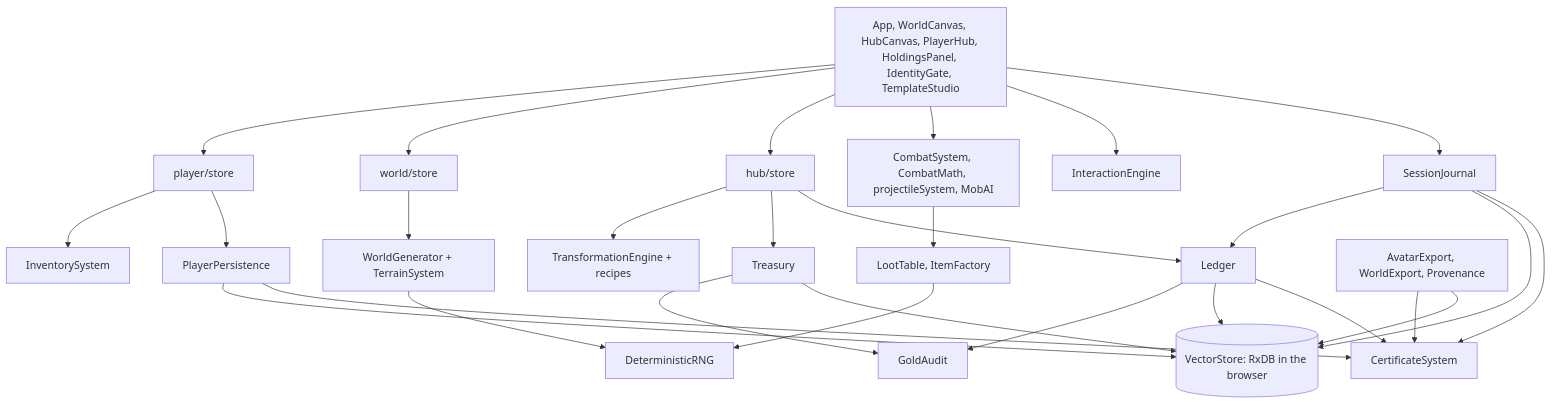
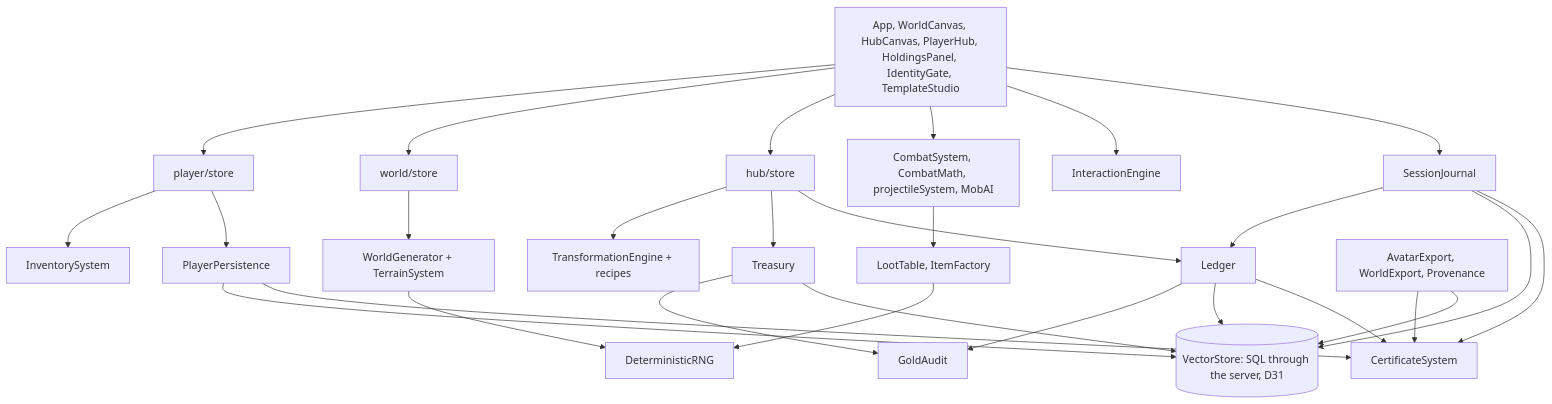
One commit to GepetoinTraining/world-seed-extraction-shooter changed the diagram in HANDOVER.md. Above: the diagram before and after it, drawn with Mermaid. The commit also changed other lines of this file and 41 other files, not shown here.

First line of the commit message:
The stable database (D31): saves live in SQL behind VectorStore, a gold change and its ledger row commit as one, and the bank refuses when the server is down

````diff
--- a/HANDOVER.md
+++ b/HANDOVER.md
@@ -63,34 +63,34 @@
 ```mermaid
 flowchart TD
   UI[App, WorldCanvas, HubCanvas, PlayerHub, HoldingsPanel, IdentityGate, TemplateStudio]
   UI --> Player[player/store]
   UI --> World[world/store]
   UI --> Hub[hub/store]
 
   World --> Gen[WorldGenerator + TerrainSystem]
   Gen --> RNG[DeterministicRNG]
   UI --> Combat[CombatSystem, CombatMath, projectileSystem, MobAI]
   Combat --> Loot[LootTable, ItemFactory]
   Loot --> RNG
   Player --> Pack[InventorySystem]
   UI --> Interact[InteractionEngine]
 
   Hub --> Craft[TransformationEngine + recipes]
   Hub --> Treasury
   Player --> Persist[PlayerPersistence]
   UI --> Journal[SessionJournal]
   Hub --> Ledger
   Journal --> Ledger
   Treasury --> Audit[GoldAudit]
   Ledger --> Audit
 
-  Persist --> Store[(VectorStore: RxDB in the browser)]
+  Persist --> Store[(VectorStore: SQL through the server, D31)]
   Ledger --> Store
   Journal --> Store
   Treasury --> Store
   Persist --> Cert[CertificateSystem]
   Ledger --> Cert
   Journal --> Cert
   Backup[AvatarExport, WorldExport, Provenance] --> Cert
   Backup --> Store
 ```
````
